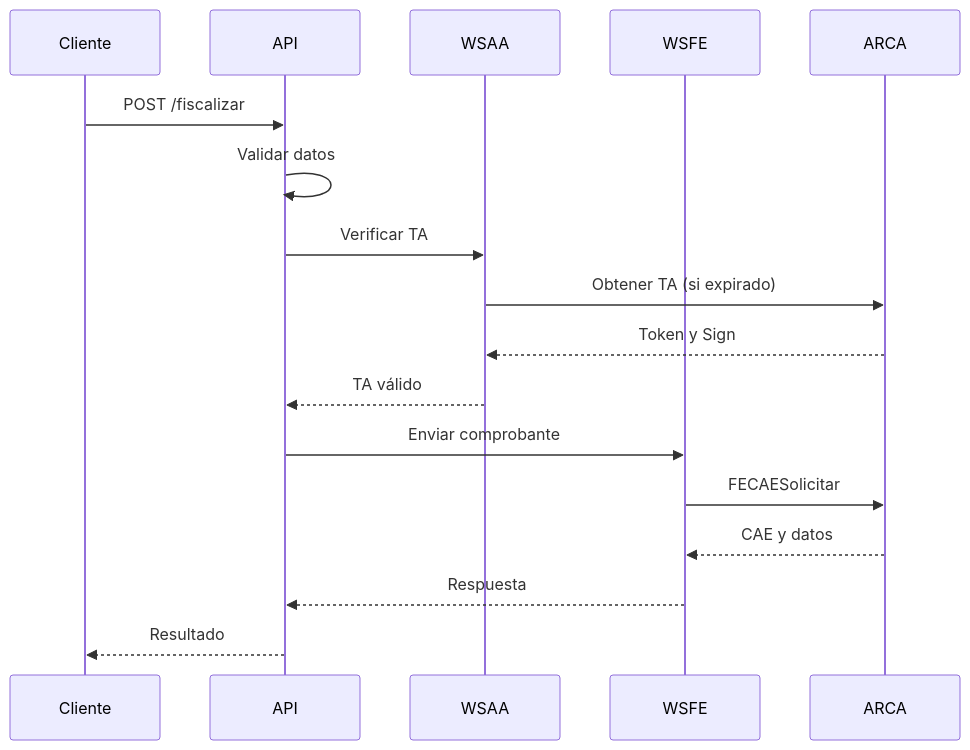
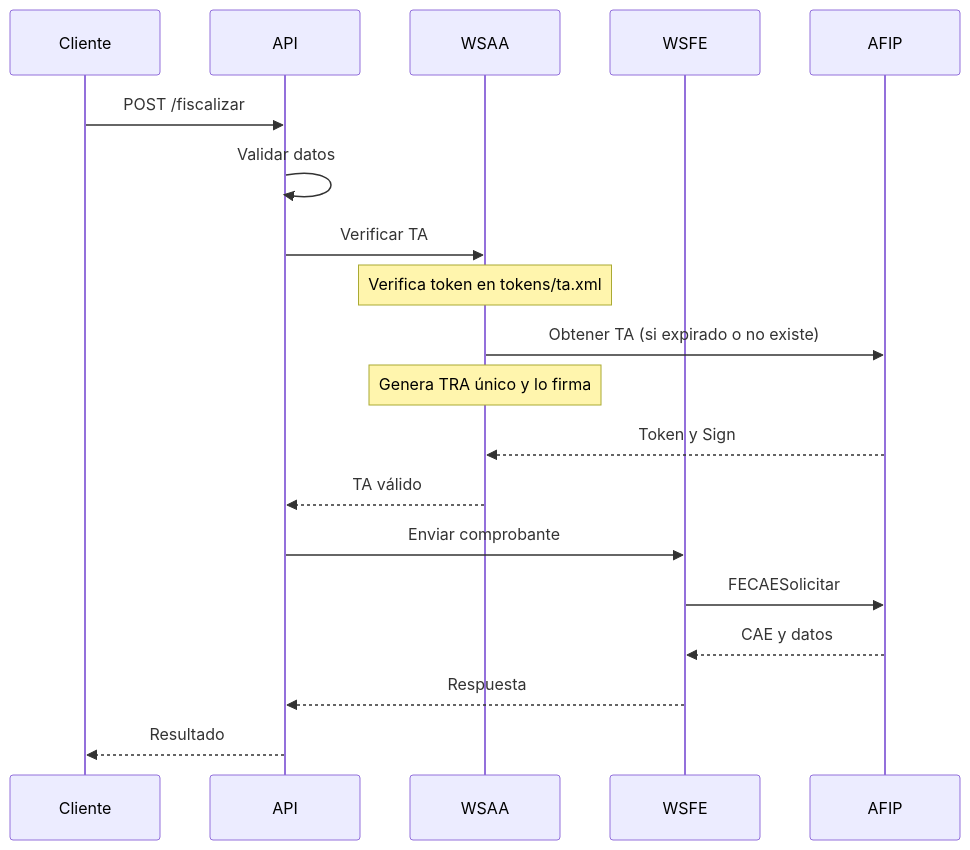
The diagram in DOCUMENTACION.md (mjfernandez-dev/fiscalizador-api), drawn with Mermaid before and after one commit. The commit also changed other lines of this file and 5 other files, not shown here.

````diff
--- a/DOCUMENTACION.md
+++ b/DOCUMENTACION.md
@@ -33,20 +37,22 @@
 ```mermaid
 sequenceDiagram
     participant Cliente
     participant API
     participant WSAA
     participant WSFE
-    participant ARCA
+    participant AFIP
 
     Cliente->>API: POST /fiscalizar
     API->>API: Validar datos
     API->>WSAA: Verificar TA
-    WSAA->>ARCA: Obtener TA (si expirado)
-    ARCA-->>WSAA: Token y Sign
+    Note over WSAA: Verifica token en tokens/ta.xml
+    WSAA->>AFIP: Obtener TA (si expirado o no existe)
+    Note over WSAA: Genera TRA único y lo firma
+    AFIP-->>WSAA: Token y Sign
     WSAA-->>API: TA válido
     API->>WSFE: Enviar comprobante
-    WSFE->>ARCA: FECAESolicitar
-    ARCA-->>WSFE: CAE y datos
+    WSFE->>AFIP: FECAESolicitar
+    AFIP-->>WSFE: CAE y datos
     WSFE-->>API: Respuesta
     API-->>Cliente: Resultado
 ```
````
